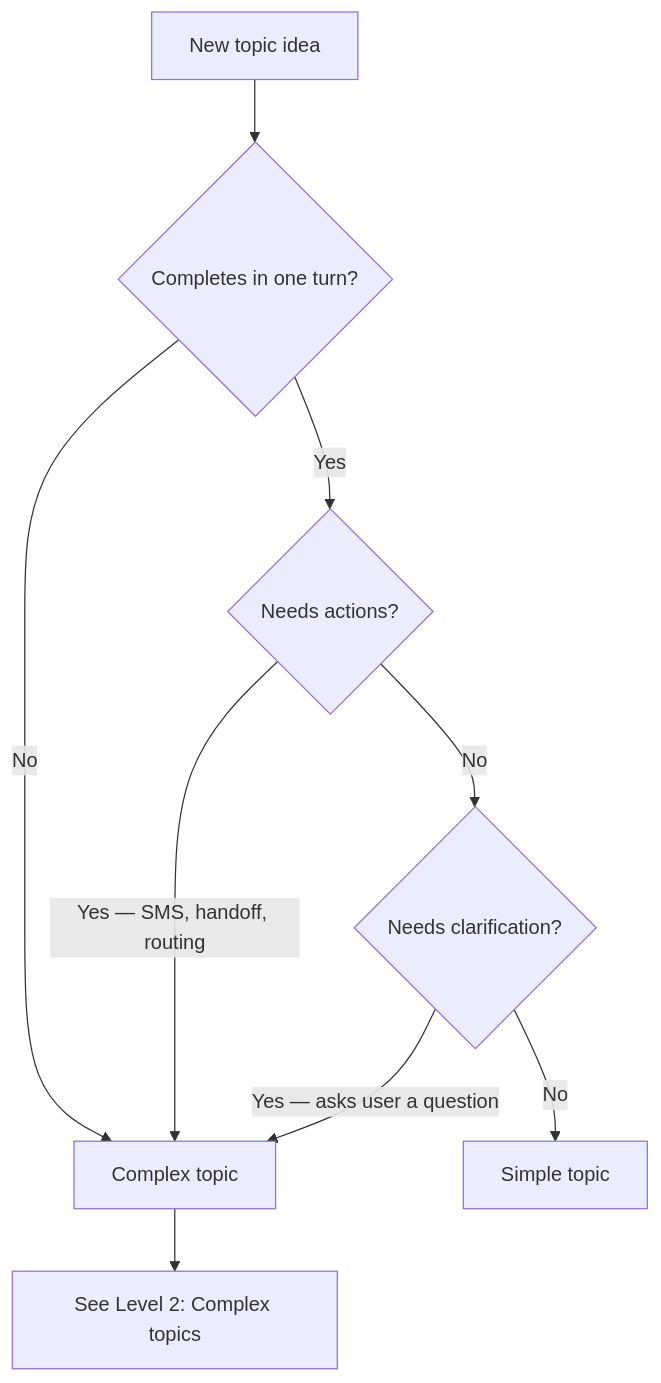
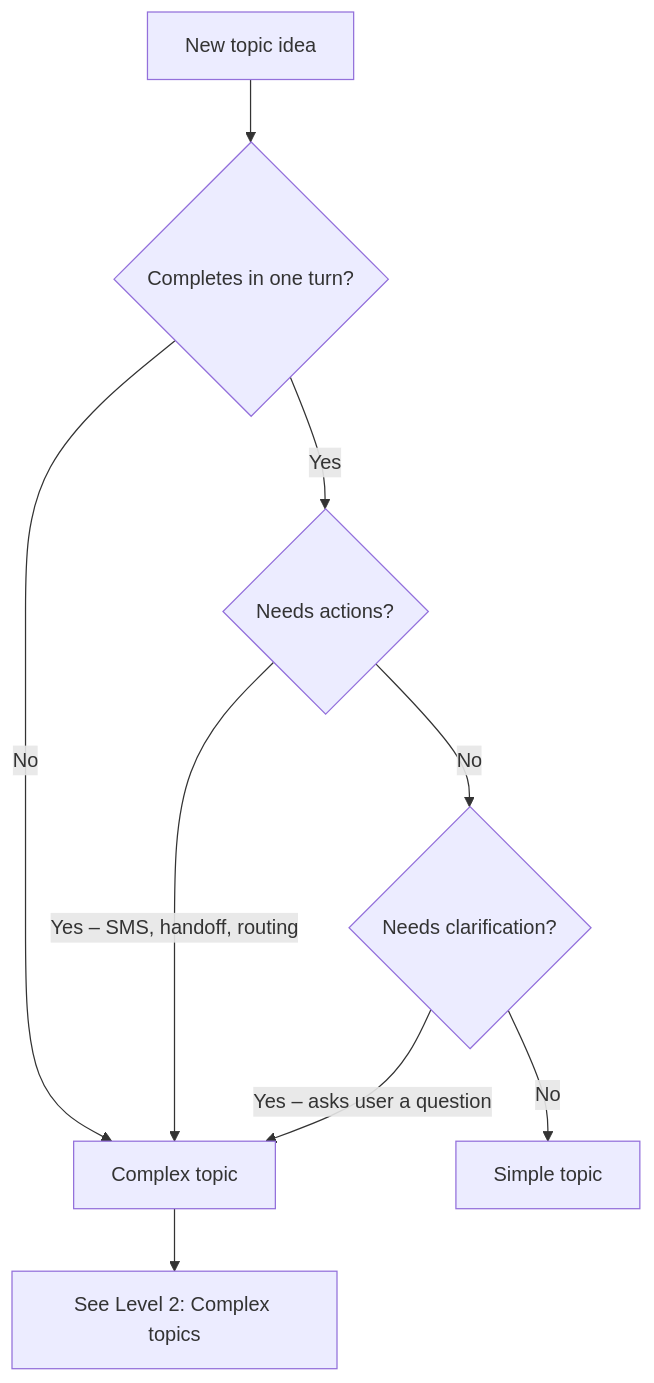
Before and after one commit to PolyAI-LDN/polyai-mintlify-doc: the diagram in learn/guides/get-started/add-kb-topic.mdx, drawn with Mermaid. The commit also changed other lines of this file and 175 other files, not shown here.

````diff
--- a/learn/guides/get-started/add-kb-topic.mdx
+++ b/learn/guides/get-started/add-kb-topic.mdx
@@ -46,11 +46,11 @@
 ```mermaid
 flowchart TD
     A[New topic idea] --> B{Completes in one turn?}
     B -->|No| C[Complex topic]
     B -->|Yes| D{Needs actions?}
-    D -->|Yes — SMS, handoff, routing| C
+    D -->|Yes – SMS, handoff, routing| C
     D -->|No| E{Needs clarification?}
-    E -->|Yes — asks user a question| C
+    E -->|Yes – asks user a question| C
     E -->|No| F[Simple topic]
     C --> G[See Level 2: Complex topics]
 ```
````
